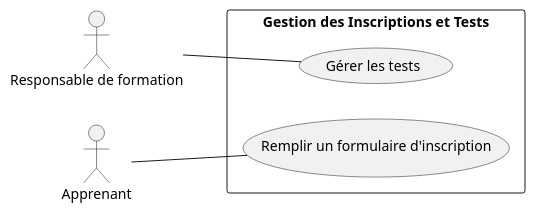
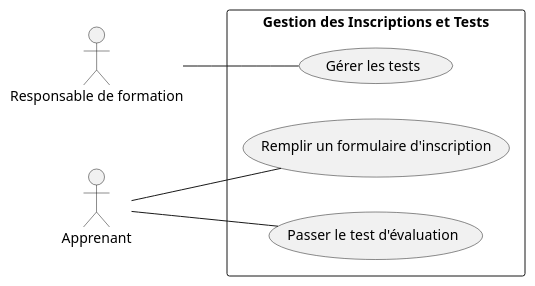
Before and after one commit to samiaBoug/Soli_LMS_Test_Inscription: the diagram in Branche_fonctionelle/Analyse/use_case_sprint2.puml, drawn with PlantUML. The commit also changed 2 other files, not shown here.

```diff
--- a/Branche_fonctionelle/Analyse/use_case_sprint2.puml
+++ b/Branche_fonctionelle/Analyse/use_case_sprint2.puml
@@ -1,17 +1,20 @@
 @startuml
 left to right direction
 
 actor "Responsable de formation" as Admin
 actor "Apprenant" as Apprenant
 
 rectangle "Gestion des Inscriptions et Tests" {
   usecase "Remplir un formulaire d'inscription" as UC1
   usecase "Gérer les tests" as UC2
+   usecase "Passer le test d'évaluation" as UC3
 
 }
 
 Admin -- UC2
 Apprenant -- UC1
+Apprenant -- UC3
+
 
 
 @enduml
```
